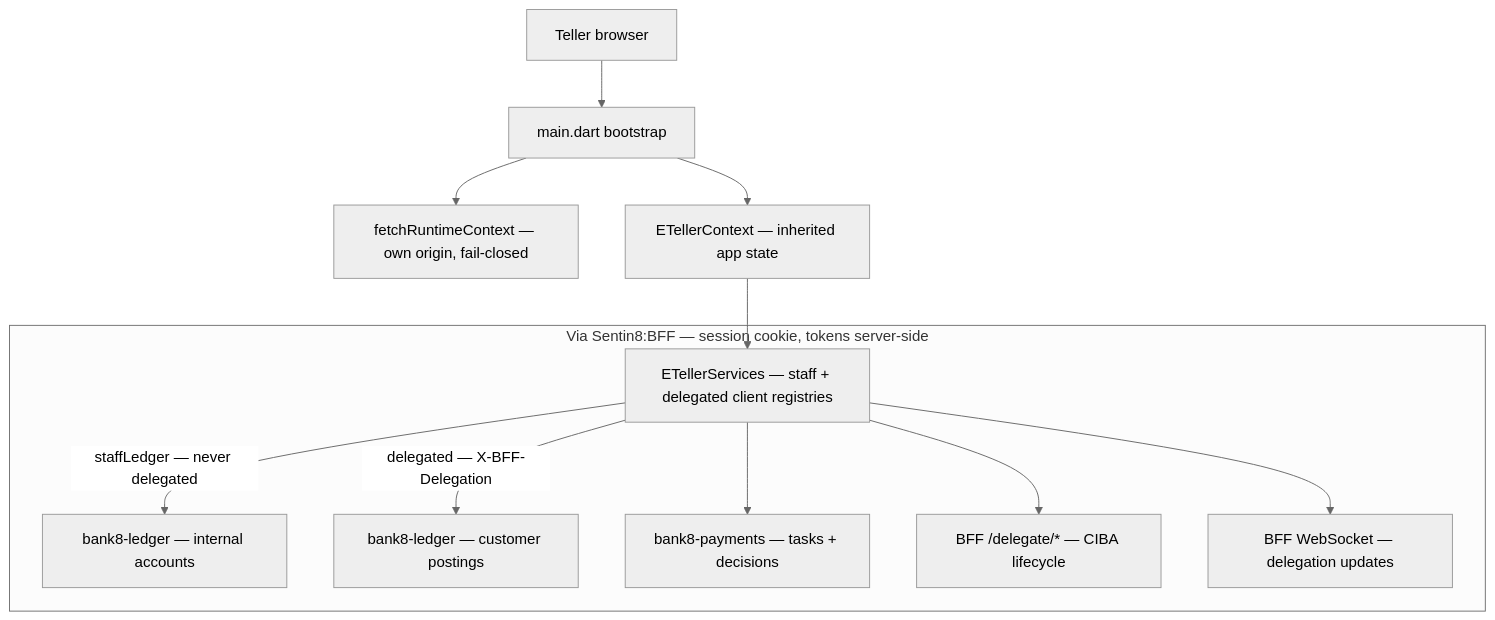
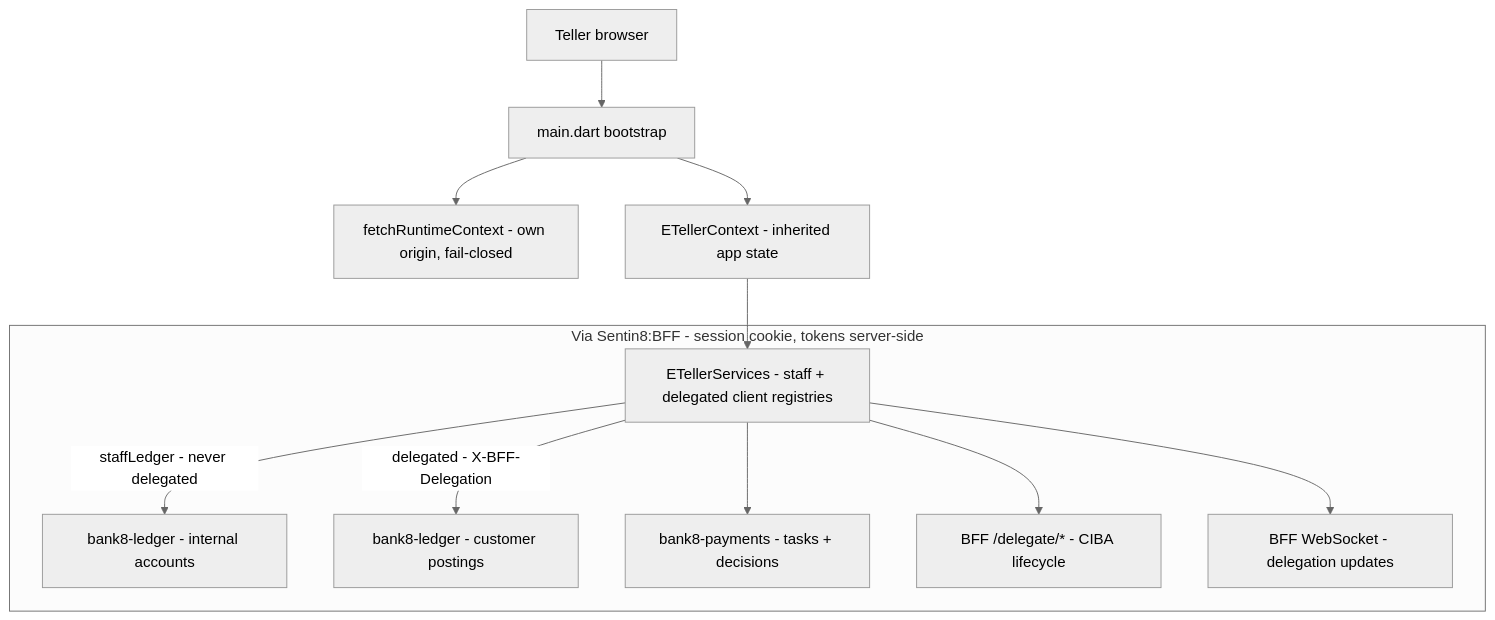
Before and after one commit to Bank8-dev/bank8-eteller: the diagram in README.md, drawn with Mermaid (neutral theme). The commit also changed other lines of this file and 7 other files, not shown here.

````diff
--- a/README.md
+++ b/README.md
@@ -30,15 +30,15 @@
 ```mermaid
 graph TD
     B[Teller browser] --> M[main.dart bootstrap]
-    M --> RC[fetchRuntimeContext — own origin, fail-closed]
-    M --> C[ETellerContext — inherited app state]
-    C --> S[ETellerServices — staff + delegated client registries]
+    M --> RC[fetchRuntimeContext - own origin, fail-closed]
+    M --> C[ETellerContext - inherited app state]
+    C --> S[ETellerServices - staff + delegated client registries]
 
-    subgraph SGcvnbup["Via Sentin8:BFF — session cookie, tokens server-side"]
-        S -->|staffLedger — never delegated| LED[bank8-ledger — internal accounts]
-        S -->|delegated — X-BFF-Delegation| LED2[bank8-ledger — customer postings]
-        S --> PAY[bank8-payments — tasks + decisions]
-        S --> DEL[BFF /delegate/* — CIBA lifecycle]
-        S --> WS[BFF WebSocket — delegation updates]
+    subgraph SGcvnbup["Via Sentin8:BFF - session cookie, tokens server-side"]
+        S -->|staffLedger - never delegated| LED[bank8-ledger - internal accounts]
+        S -->|delegated - X-BFF-Delegation| LED2[bank8-ledger - customer postings]
+        S --> PAY[bank8-payments - tasks + decisions]
+        S --> DEL[BFF /delegate/* - CIBA lifecycle]
+        S --> WS[BFF WebSocket - delegation updates]
     end
 ```
````
